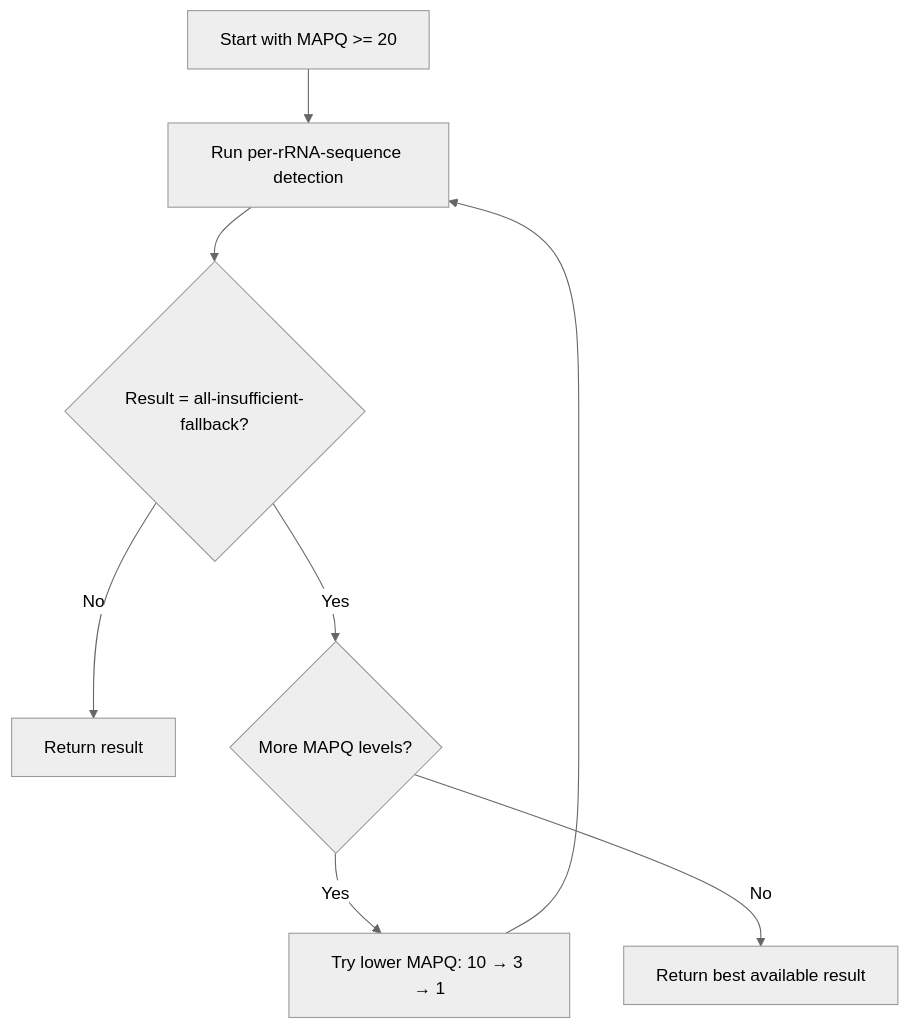
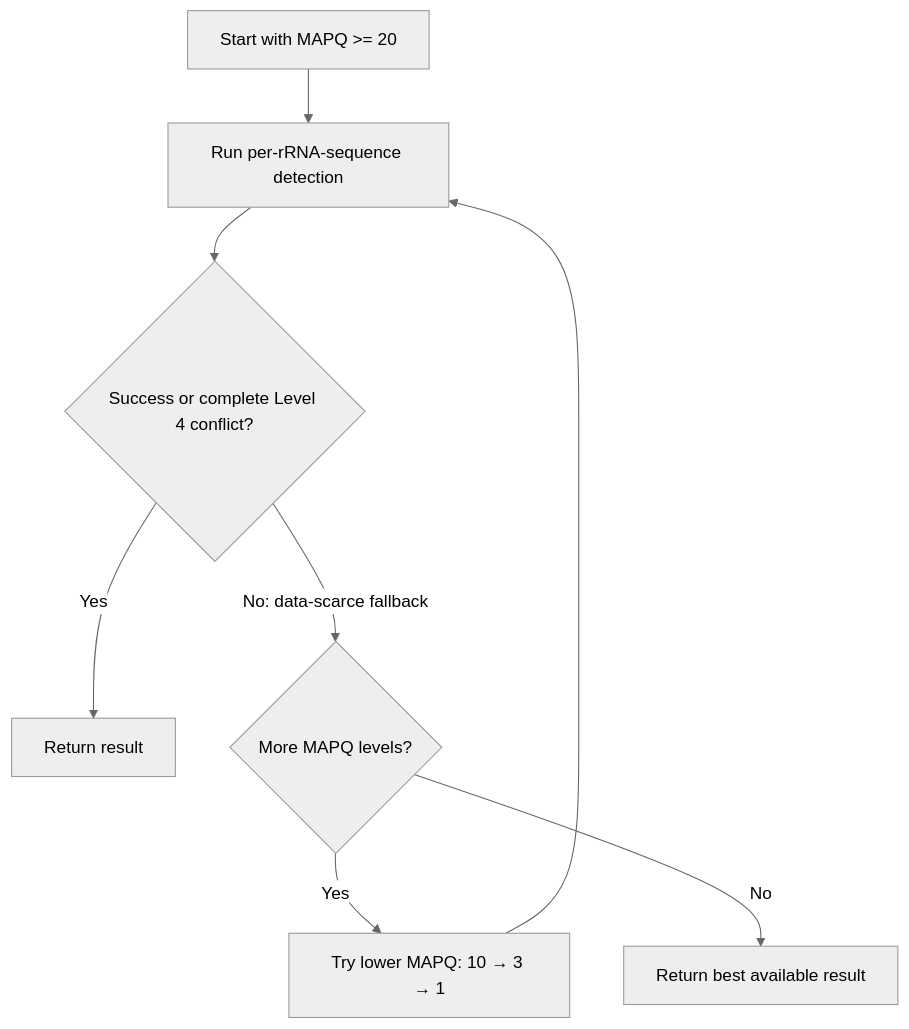
One commit to yudalang3/resolveS changed the second of 3 diagrams in README.md. Above: the diagram before and after it, drawn with Mermaid (neutral theme). The commit also changed other lines of this file and 7 other files, not shown here.

````diff
--- a/README.md
+++ b/README.md
@@ -225,10 +226,10 @@
 ```mermaid
 flowchart TD
     A["Start with MAPQ >= 20"] --> B["Run per-rRNA-sequence detection"]
-    B --> C{"Result = all-insufficient-fallback?"}
-    C -->|No| D["Return result"]
-    C -->|Yes| E{"More MAPQ levels?"}
+    B --> C{"Success or complete Level 4 conflict?"}
+    C -->|Yes| D["Return result"]
+    C -->|No: data-scarce fallback| E{"More MAPQ levels?"}
     E -->|Yes| F["Try lower MAPQ: 10 → 3 → 1"]
     F --> B
     E -->|No| G["Return best available result"]
 ```
````
